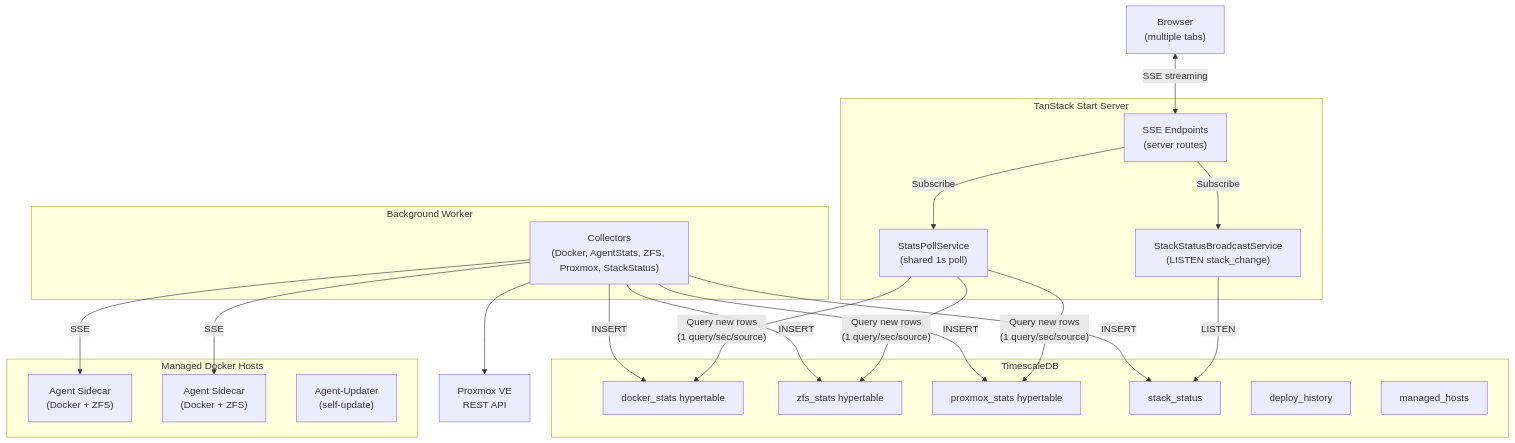
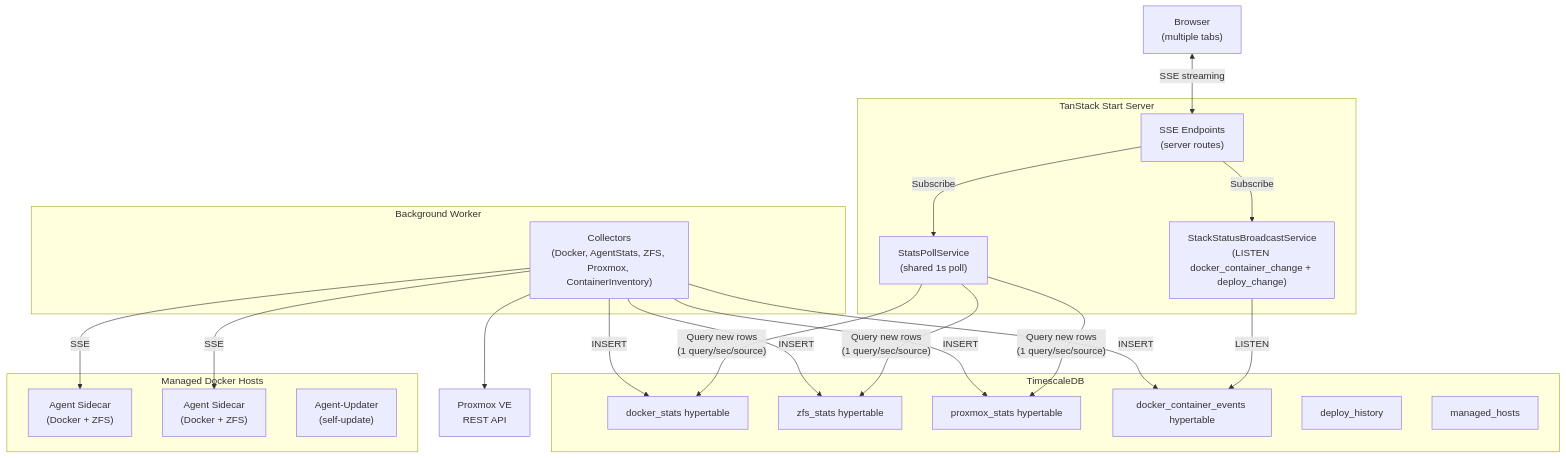
Before and after one commit to jaredglaser/homelab-manager: the first of 5 diagrams in docs/architecture.md, drawn with Mermaid. The commit also changed other lines of this file and 24 other files, not shown here.

````diff
--- a/docs/architecture.md
+++ b/docs/architecture.md
@@ -5,46 +5,46 @@
 ```mermaid
 graph TD
     Browser["Browser<br/>(multiple tabs)"]
 
     subgraph TanStack_Start["TanStack Start Server"]
         SSE["SSE Endpoints<br/>(server routes)"]
         PollSvc["StatsPollService<br/>(shared 1s poll)"]
-        StackBroadcast["StackStatusBroadcastService<br/>(LISTEN stack_change)"]
+        StackBroadcast["StackStatusBroadcastService<br/>(LISTEN docker_container_change + deploy_change)"]
     end
 
     subgraph Database["TimescaleDB"]
         DockerTable["docker_stats hypertable"]
         ZFSTable["zfs_stats hypertable"]
         ProxmoxTable["proxmox_stats hypertable"]
-        StackStatusTable["stack_status"]
+        ContainerEvents["docker_container_events hypertable"]
         DeployHistory["deploy_history"]
         ManagedHosts["managed_hosts"]
     end
 
     subgraph Worker["Background Worker"]
-        Collectors["Collectors<br/>(Docker, AgentStats, ZFS, Proxmox, StackStatus)"]
+        Collectors["Collectors<br/>(Docker, AgentStats, ZFS, Proxmox, ContainerInventory)"]
     end
 
     subgraph Hosts["Managed Docker Hosts"]
         Agent1["Agent Sidecar<br/>(Docker + ZFS)"]
         Agent2["Agent Sidecar<br/>(Docker + ZFS)"]
         Updater["Agent-Updater<br/>(self-update)"]
     end
 
     ProxmoxHost["Proxmox VE<br/>REST API"]
 
     Browser <-->|"SSE streaming"| SSE
     SSE -->|"Subscribe"| PollSvc
     SSE -->|"Subscribe"| StackBroadcast
     PollSvc -->|"Query new rows<br/>(1 query/sec/source)"| DockerTable
     PollSvc -->|"Query new rows<br/>(1 query/sec/source)"| ZFSTable
     PollSvc -->|"Query new rows<br/>(1 query/sec/source)"| ProxmoxTable
-    StackBroadcast -->|"LISTEN"| StackStatusTable
+    StackBroadcast -->|"LISTEN"| ContainerEvents
     Collectors -->|"INSERT"| DockerTable
     Collectors -->|"INSERT"| ZFSTable
     Collectors -->|"INSERT"| ProxmoxTable
-    Collectors -->|"INSERT"| StackStatusTable
+    Collectors -->|"INSERT"| ContainerEvents
     Collectors -->|"SSE"| Agent1
     Collectors -->|"SSE"| Agent2
     Collectors --> ProxmoxHost
 ```
````
